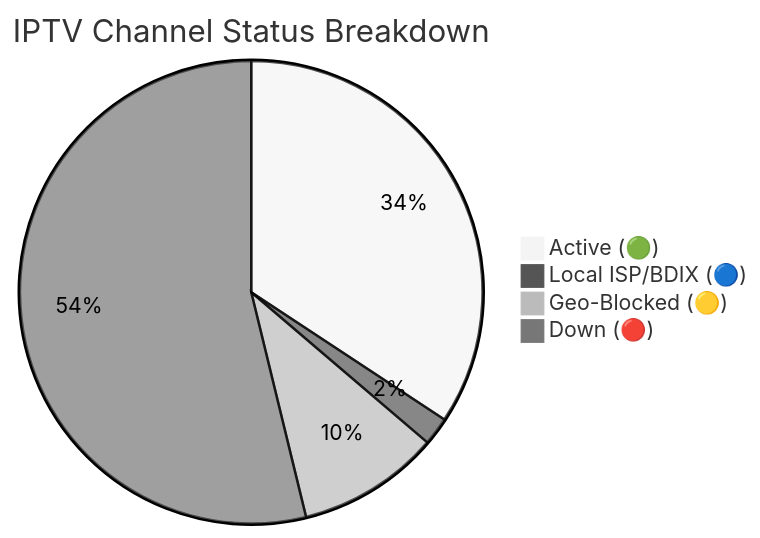
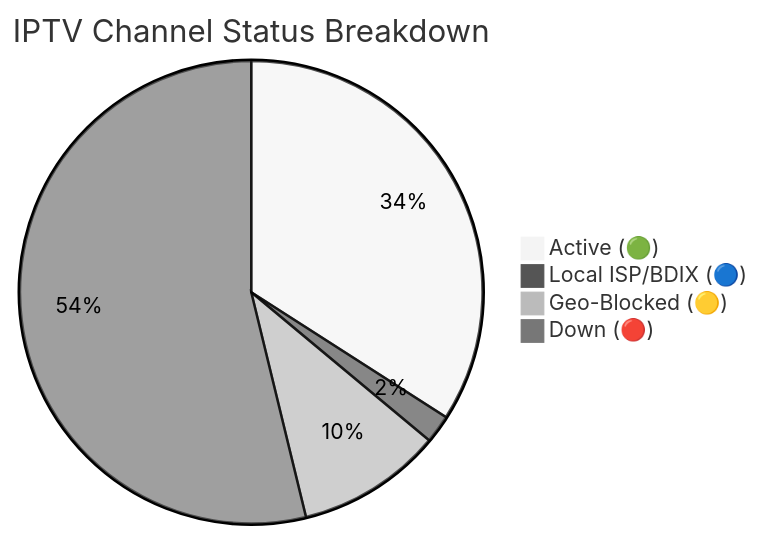
The diagram in README.md (andreataylord/Ip-tv-Collection), drawn with Mermaid (neutral theme) before and after one commit. The commit also changed other lines of this file and 2 other files, not shown here.

````diff
--- a/README.md
+++ b/README.md
@@ -59,7 +59,7 @@
 ```mermaid
 pie title IPTV Channel Status Breakdown
-    "Active (🟢)" : 2232
+    "Active (🟢)" : 2213
     "Local ISP/BDIX (🔵)" : 128
-    "Geo-Blocked (🟡)" : 648
-    "Down (🔴)" : 3504
+    "Geo-Blocked (🟡)" : 659
+    "Down (🔴)" : 3494
 ```
````
